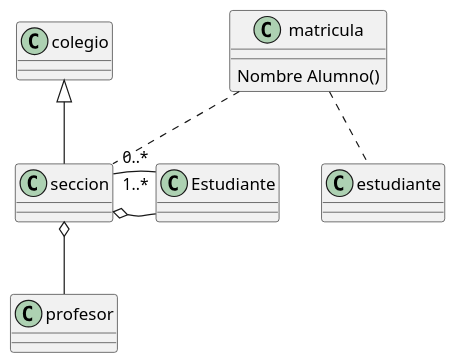
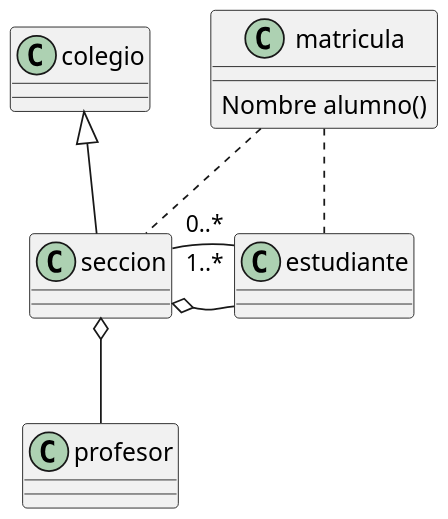
One commit to alexdev-sudo/Control_Colegio changed the diagram in src/main/java/Diagrama UML Colegio.puml. Above: the diagram before and after it, drawn with PlantUML.

Commit message:
Cuarto commit - Actualizacion  diagrama UML Para el colegio

```diff
--- a/src/main/java/Diagrama UML Colegio.puml
+++ b/src/main/java/Diagrama UML Colegio.puml
@@ -1,26 +1,26 @@
 @startuml
 scale 450 width
-class Estudiante{
+class estudiante{
 }
 class colegio{
 }
 class matricula{
-Nombre Alumno()
+Nombre alumno()
 }
 class profesor{
 }
 class seccion {
 }
      'herencia
 colegio <|-- seccion
      'Agregacion
 seccion o-- profesor
-seccion o-- Estudiante
+seccion o-- estudiante
      'Asociacion entre estudiante y seccion
-Estudiante "0..*" - "1..*"seccion
+estudiante "0..*" - "1..*"seccion
      'Matricula relaciona estudiante y seccion
 matricula .. estudiante
 matricula .. seccion
 
 
 @enduml
```
